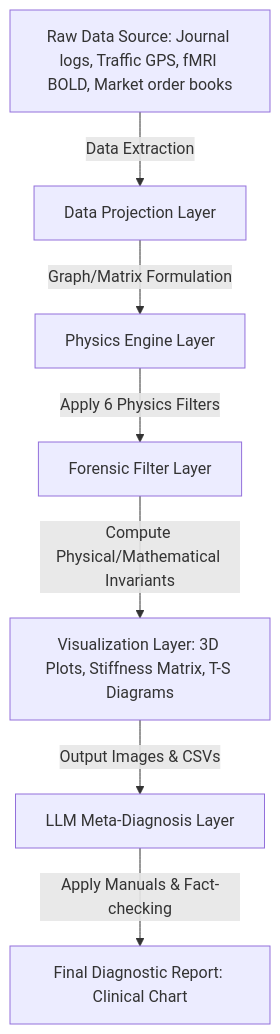
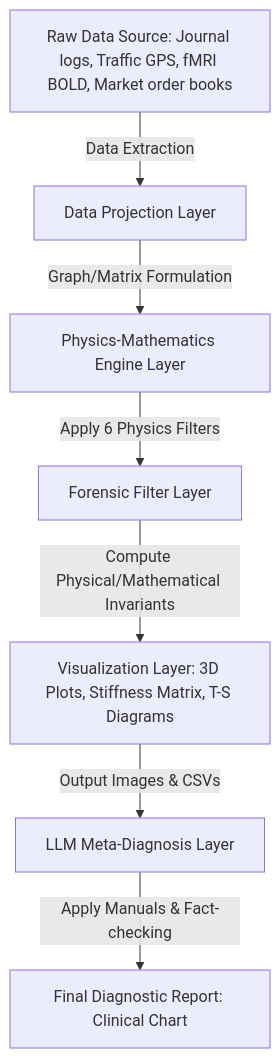
The diagram in docs/02_System_Architecture_and_Operations.md (renpoo/TLU), drawn with Mermaid before and after one commit. The commit also changed other lines of this file and 47 other files, not shown here.

````diff
--- a/docs/02_System_Architecture_and_Operations.md
+++ b/docs/02_System_Architecture_and_Operations.md
@@ -23,9 +23,9 @@
 ```mermaid
 graph TD
     A[Raw Data Source: Journal logs, Traffic GPS, fMRI BOLD, Market order books] -->|Data Extraction| B[Data Projection Layer]
-    B -->|Graph/Matrix Formulation| C[Physics Engine Layer]
+    B -->|Graph/Matrix Formulation| C[Physics-Mathematics Engine Layer]
     C -->|Apply 6 Physics Filters| D[Forensic Filter Layer]
     D -->|Compute Physical/Mathematical Invariants| E[Visualization Layer: 3D Plots, Stiffness Matrix, T-S Diagrams]
     E -->|Output Images & CSVs| F[LLM Meta-Diagnosis Layer]
     F -->|Apply Manuals & Fact-checking| G[Final Diagnostic Report: Clinical Chart]
 ```
````
